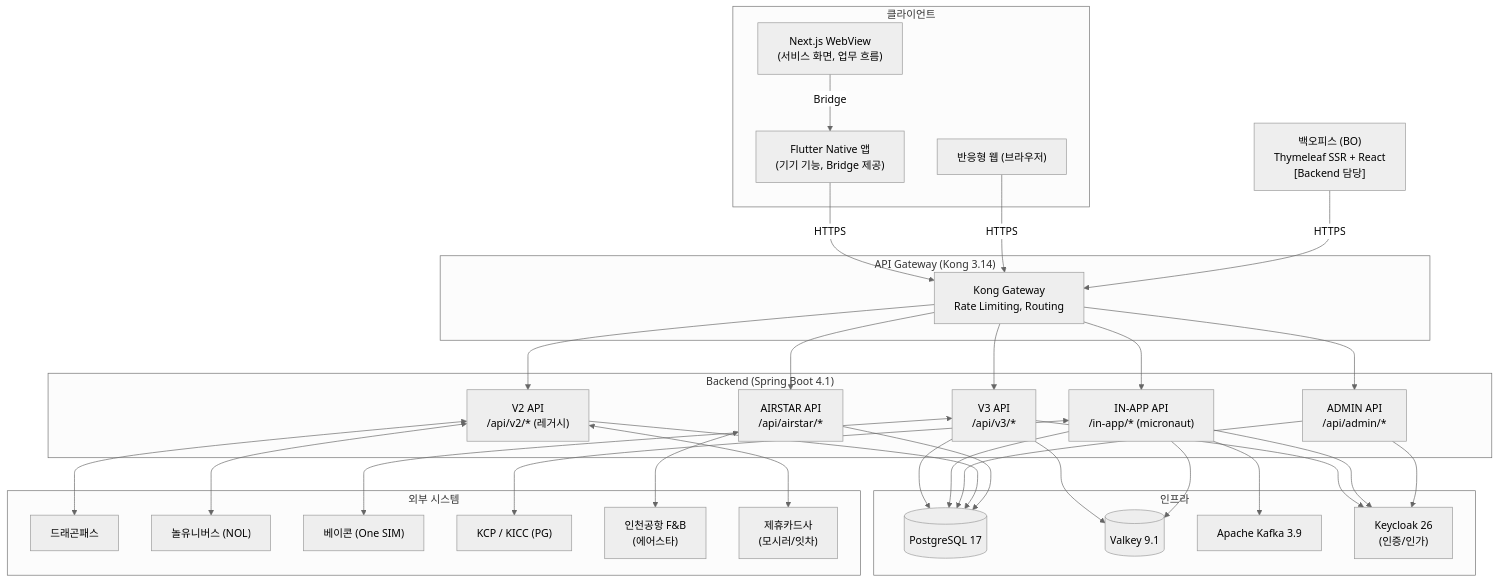
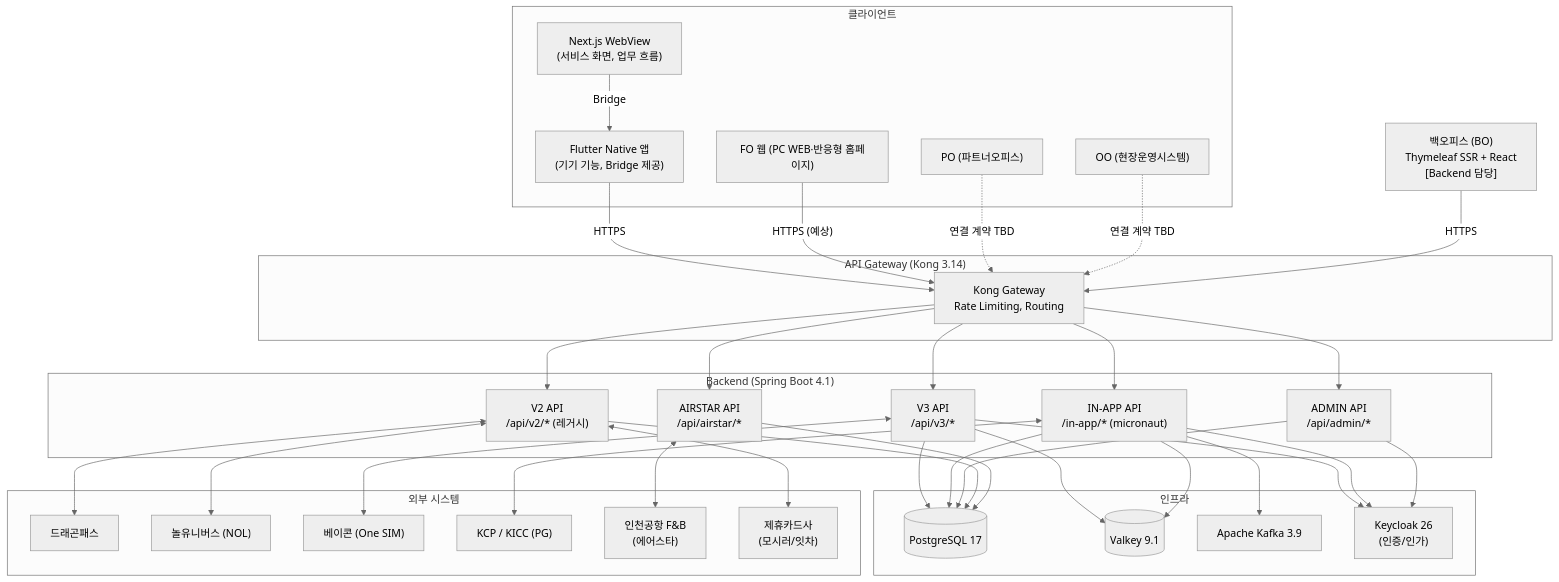
Before and after one commit to minsukong/lounge-docs: the diagram in docs/diagrams/[TBD]_architecture-overview.md, drawn with Mermaid (neutral theme). The commit also changed other lines of this file and 32 other files, not shown here.

```diff
--- a/docs/diagrams/[TBD]_architecture-overview.md
+++ b/docs/diagrams/[TBD]_architecture-overview.md
@@ -9,72 +9,76 @@
   <div class="mermaid">
 flowchart TB
   accTitle: 더라운지 시스템 3.0 전체 아키텍처 (예상)
-  accDescr: Flutter Native 앱과 WebView Front-end가 API Gateway를 통해 Backend에 접근하고, Backend가 외부 파트너·PG·플랫폼과 연계하는 구조입니다.
+  accDescr: Flutter Native 앱과 WebView Front-end가 API Gateway를 통해 Backend에 접근하고, Backend가 외부 파트너·PG·플랫폼과 연계하는 예상 구조입니다. 웹 영역은 FO 웹, PO, OO로 구분하며 연결 계약은 미정입니다.
   
   subgraph CLIENT["클라이언트"]
     NATIVE["Flutter Native 앱<br/>(기기 기능, Bridge 제공)"]
     WEBVIEW["Next.js WebView<br/>(서비스 화면, 업무 흐름)"]
-    BROWSER["반응형 웹 (브라우저)"]
+    BROWSER["FO 웹 (PC WEB·반응형 홈페이지)"]
+    PARTNER["PO (파트너오피스)"]
+    ONSITE["OO (현장운영시스템)"]
   end
 
   subgraph GATEWAY["API Gateway (Kong 3.14)"]
     KW["Kong Gateway<br/>Rate Limiting, Routing"]
   end
 
   subgraph BACKEND["Backend (Spring Boot 4.1)"]
     V3["V3 API<br/>/api/v3/*"]
     INAPP["IN-APP API<br/>/in-app/* (micronaut)"]
     ADMIN["ADMIN API<br/>/api/admin/*"]
     V2["V2 API<br/>/api/v2/* (레거시)"]
     AIRSTAR["AIRSTAR API<br/>/api/airstar/*"]
   end
 
   subgraph INFRA["인프라"]
     PG[("PostgreSQL 17")]
     REDIS[("Valkey 9.1")]
     KAFKA["Apache Kafka 3.9"]
     KEYCLOAK["Keycloak 26<br/>(인증/인가)"]
   end
 
   subgraph EXTERNAL["외부 시스템"]
     DP["드래곤패스"]
     NOL["놀유니버스 (NOL)"]
     BAYCON["베이콘 (One SIM)"]
     KCP["KCP / KICC (PG)"]
     FBND["인천공항 F&B<br/>(에어스타)"]
     CARD["제휴카드사<br/>(모시러/잇차)"]
   end
 
   BO["백오피스 (BO)<br/>Thymeleaf SSR + React<br/>[Backend 담당]"]
 
   WEBVIEW -- "Bridge" --> NATIVE
   NATIVE -- "HTTPS" --> KW
-  BROWSER -- "HTTPS" --> KW
+  BROWSER -- "HTTPS (예상)" --> KW
+  PARTNER -. "연결 계약 TBD" .-> KW
+  ONSITE -. "연결 계약 TBD" .-> KW
   BO -- "HTTPS" --> KW
 
   KW --> V3
   KW --> INAPP
   KW --> ADMIN
   KW --> V2
   KW --> AIRSTAR
 
   V3 --> PG
   V3 --> REDIS
   INAPP --> PG
   INAPP --> REDIS
   INAPP --> KAFKA
   ADMIN --> PG
   V2 --> PG
   AIRSTAR --> PG
 
   V3 <--> BAYCON
   V2 <--> DP
   V2 <--> NOL
   V2 <--> CARD
   INAPP <--> KCP
   AIRSTAR <--> FBND
 
   V3 --> KEYCLOAK
   INAPP --> KEYCLOAK
   ADMIN --> KEYCLOAK
   </div>
```
